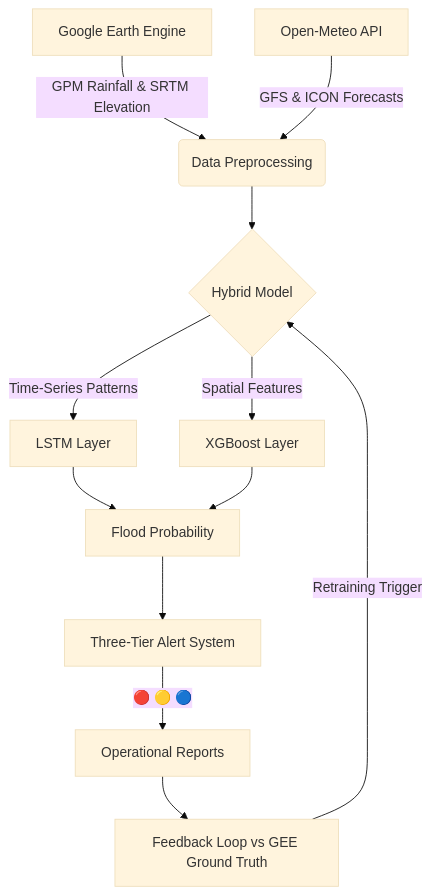
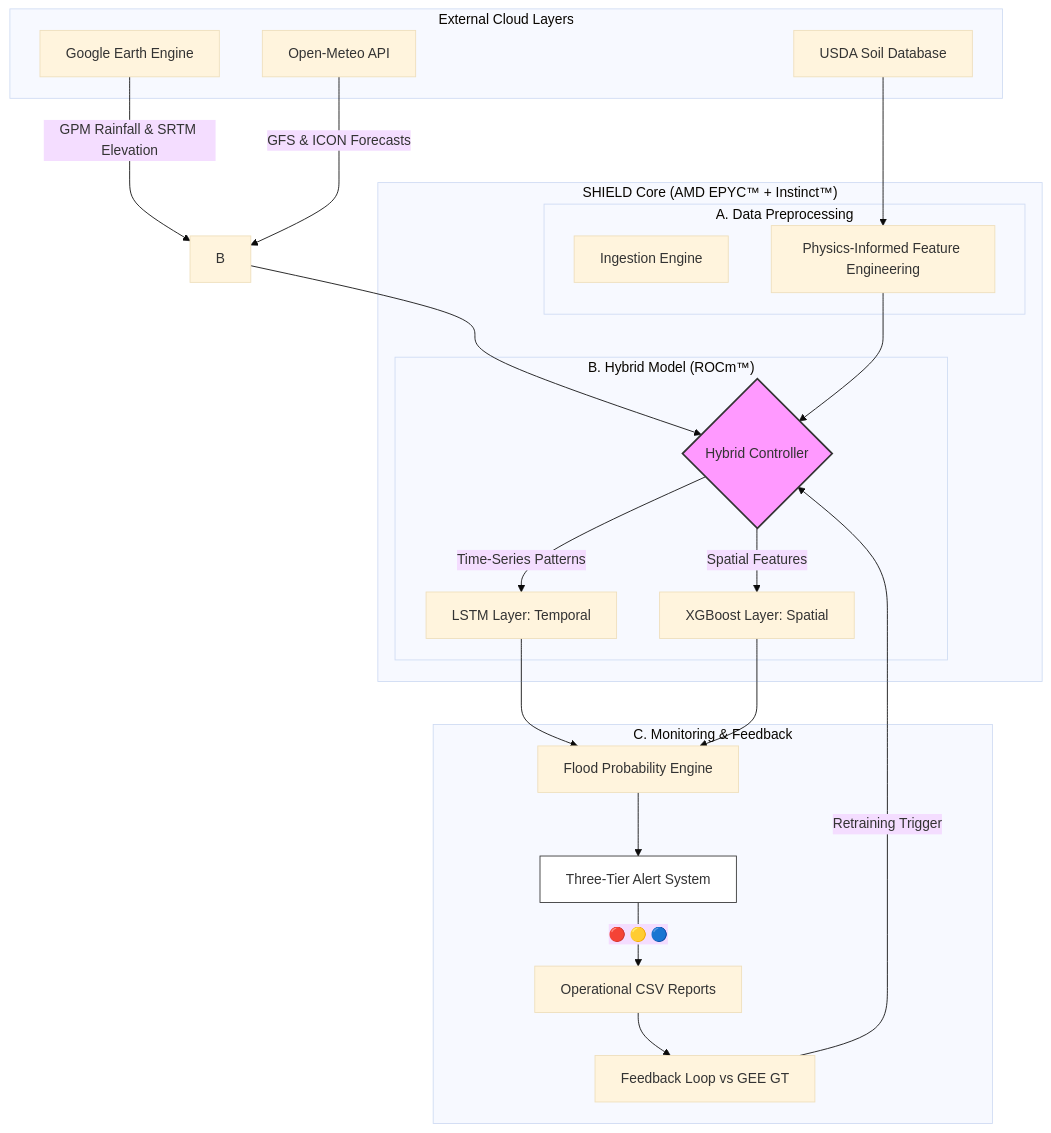
One commit to ALPHA-117/SHIELD changed the second of 4 diagrams in Diagrams.md. Above: the diagram before and after it, drawn with Mermaid (base theme). The commit also changed other lines of this file, not shown here.

Commit message:
Docs: Final Merged System Architecture diagram

````diff
--- a/Diagrams.md
+++ b/Diagrams.md
@@ -52,14 +52,50 @@
 ```mermaid
-graph TD
-    A[Google Earth Engine] -->|GPM Rainfall & SRTM Elevation| B(Data Preprocessing)
-    C[Open-Meteo API] -->|GFS & ICON Forecasts| B
-    B --> D{Hybrid Model}
-    D -->|Time-Series Patterns| E[LSTM Layer]
-    D -->|Spatial Features| F[XGBoost Layer]
-    E --> G[Flood Probability]
+graph TB
+    subgraph "External Cloud Layers"
+        GEE[Google Earth Engine]
+        OM[Open-Meteo API]
+        USDA[USDA Soil Database]
+    end
+
+    subgraph "SHIELD Core (AMD EPYC™ + Instinct™)"
+        subgraph "A. Data Preprocessing"
+            DP1[Ingestion Engine]
+            DP2[Physics-Informed Feature Engineering]
+        end
+
+        subgraph "B. Hybrid Model (ROCm™)"
+            D{Hybrid Controller}
+            E[LSTM Layer: Temporal]
+            F[XGBoost Layer: Spatial]
+        end
+    end
+
+    subgraph "C. Monitoring & Feedback"
+        G[Flood Probability Engine]
+        H[Three-Tier Alert System]
+        I[Operational CSV Reports]
+        J[Feedback Loop vs GEE GT]
+    end
+
+    %% Flow Connections with detailed labels
+    GEE -->|GPM Rainfall & SRTM Elevation| B
+    OM -->|GFS & ICON Forecasts| B
+    USDA --> DP2
+    
+    B --> D
+    DP2 --> D
+    
+    D -->|Time-Series Patterns| E
+    D -->|Spatial Features| F
+    
+    E --> G
     F --> G
-    G --> H[Three-Tier Alert System]
-    H -->|🔴 🟡 🔵| I[Operational Reports]
-    I --> J[Feedback Loop vs GEE Ground Truth]
+    
+    G --> H
+    H -->|🔴 🟡 🔵| I
+    I --> J
     J -->|Retraining Trigger| D
+
+    style D fill:#f9f,stroke:#333,stroke-width:2px
+    style H fill:#fff,stroke:#333
 ```
````
